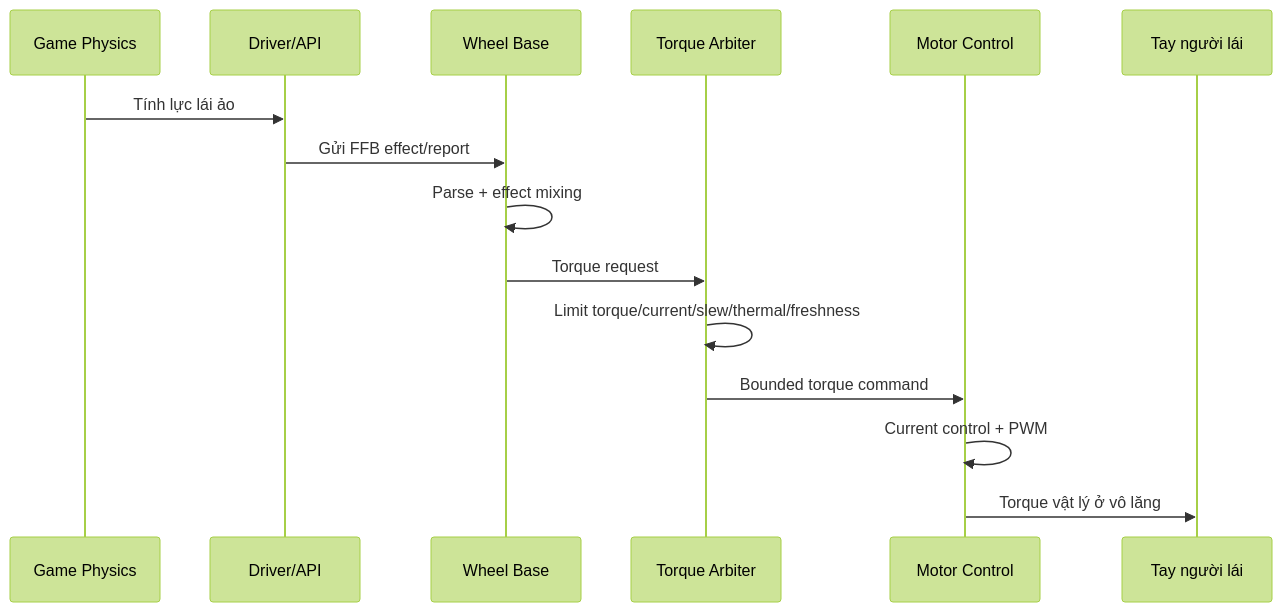
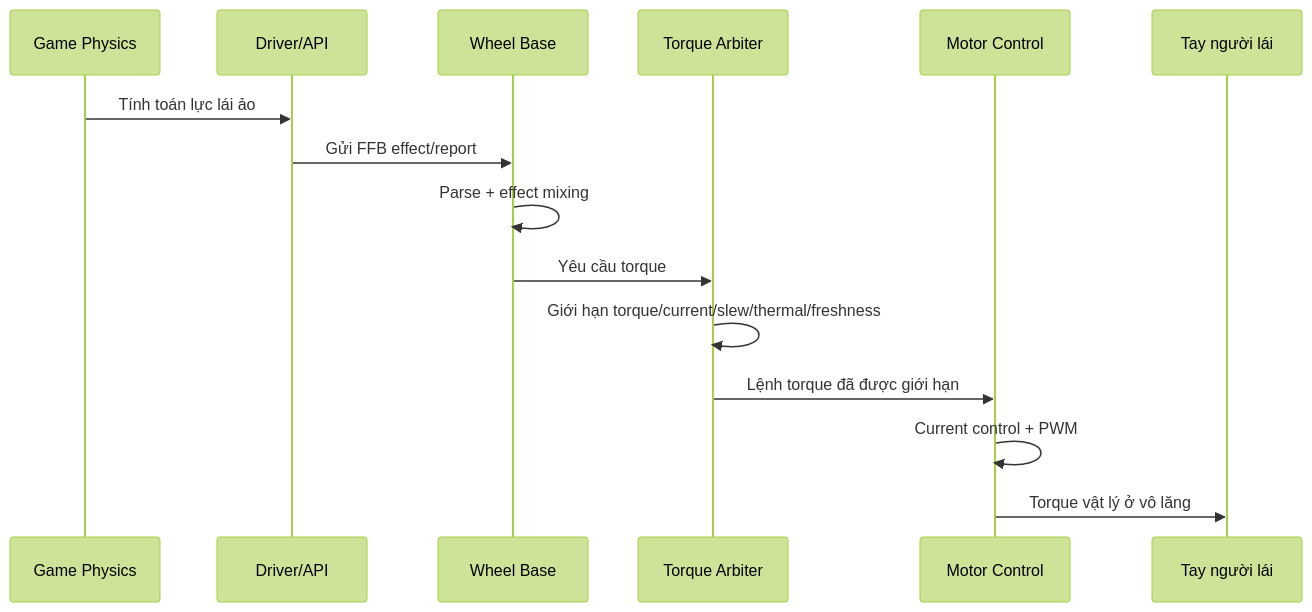
One commit to nguyentri/fanatec-wheel changed diagram 11 of 11 in docs/studies/vn/sim_racing_knowledge_base.md. Above: the diagram before and after it, drawn with Mermaid (forest theme). The commit also changed other lines of this file and 25 other files, not shown here.

````diff
--- a/docs/studies/vn/sim_racing_knowledge_base.md
+++ b/docs/studies/vn/sim_racing_knowledge_base.md
@@ -1447,18 +1475,18 @@
 ```mermaid
 sequenceDiagram
     participant Game as Game Physics
     participant DriverAPI as Driver/API
     participant Base as Wheel Base
     participant Arb as Torque Arbiter
     participant Motor as Motor Control
     participant User as Tay người lái
 
-    Game->>DriverAPI: Tính lực lái ảo
+    Game->>DriverAPI: Tính toán lực lái ảo
     DriverAPI->>Base: Gửi FFB effect/report
     Base->>Base: Parse + effect mixing
-    Base->>Arb: Torque request
-    Arb->>Arb: Limit torque/current/slew/thermal/freshness
-    Arb->>Motor: Bounded torque command
+    Base->>Arb: Yêu cầu torque
+    Arb->>Arb: Giới hạn torque/current/slew/thermal/freshness
+    Arb->>Motor: Lệnh torque đã được giới hạn
     Motor->>Motor: Current control + PWM
     Motor->>User: Torque vật lý ở vô lăng
 ```
````
